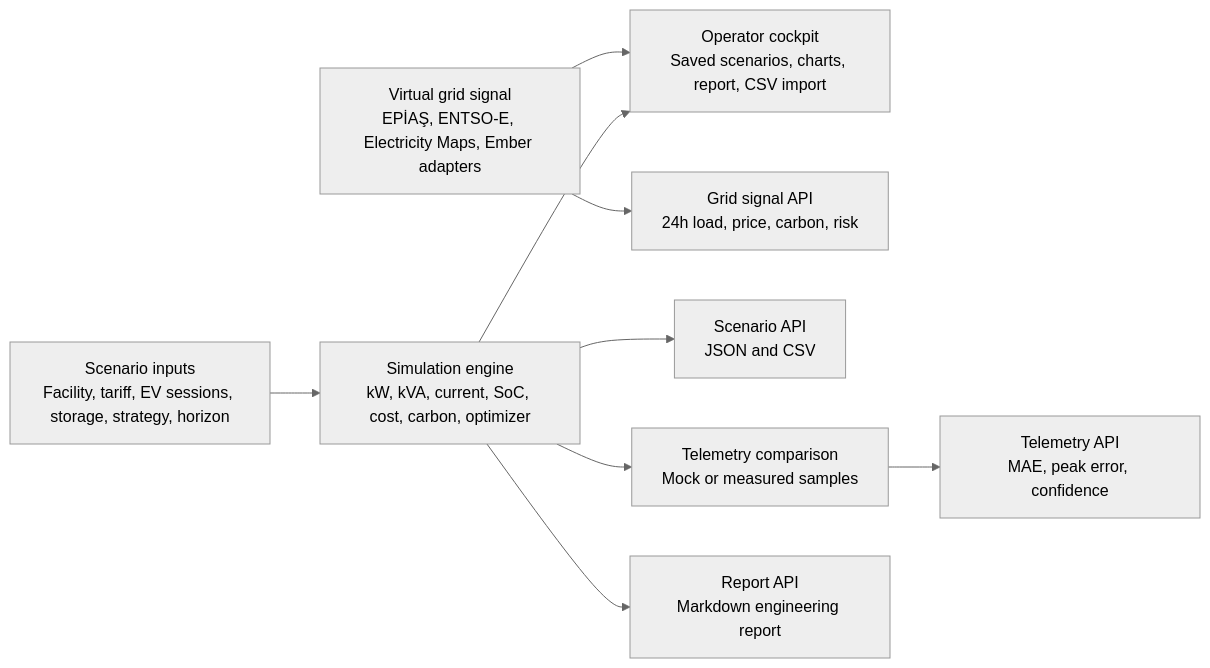
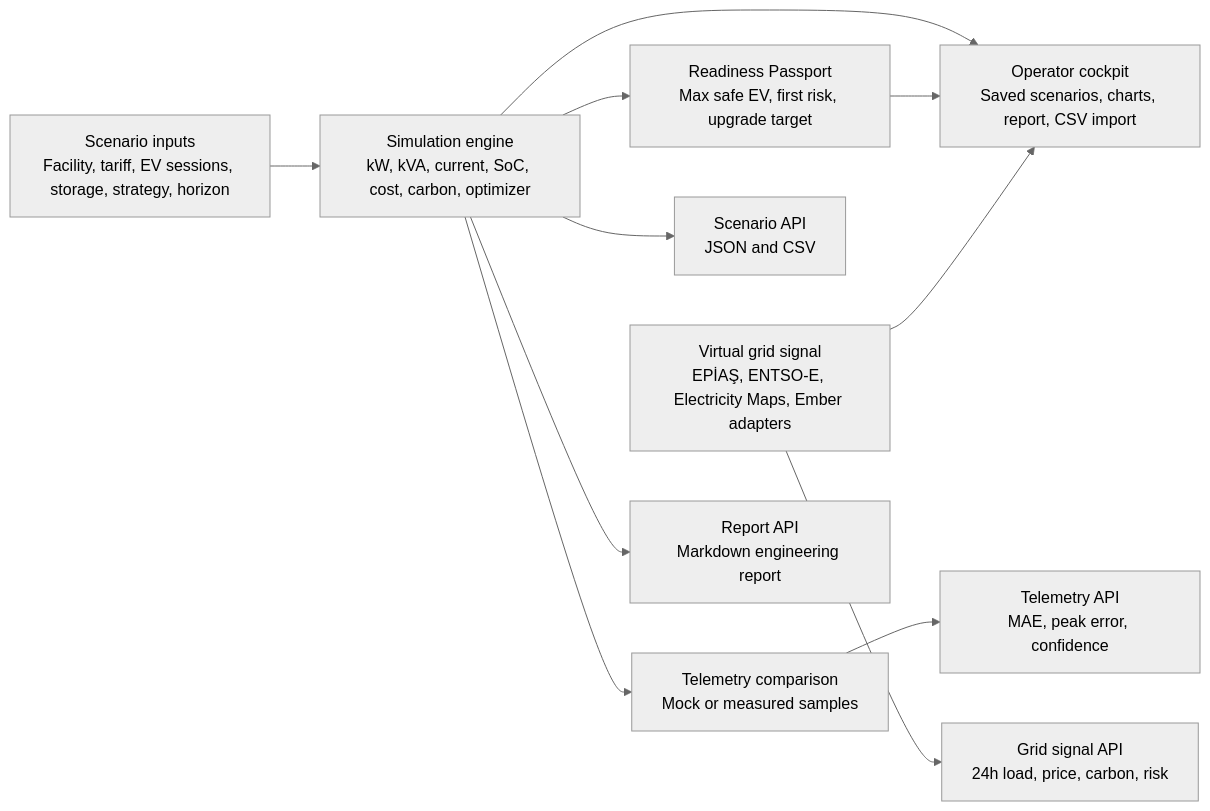
One commit to emrefbulut/VoltPilot changed the diagram in docs/VOLTPILOT_ARCHITECTURE.md. Above: the diagram before and after it, drawn with Mermaid (neutral theme). The commit also changed other lines of this file and 14 other files, not shown here.

Commit message:
Add readiness passport EV solver

````diff
--- a/docs/VOLTPILOT_ARCHITECTURE.md
+++ b/docs/VOLTPILOT_ARCHITECTURE.md
@@ -5,11 +5,13 @@
 ```mermaid
 flowchart LR
     A["Scenario inputs\nFacility, tariff, EV sessions, storage, strategy, horizon"] --> B["Simulation engine\nkW, kVA, current, SoC, cost, carbon, optimizer"]
+    B --> R["Readiness Passport\nMax safe EV, first risk, upgrade target"]
     B --> C["Operator cockpit\nSaved scenarios, charts, report, CSV import"]
+    R --> C
     G["Virtual grid signal\nEPİAŞ, ENTSO-E, Electricity Maps, Ember adapters"] --> C
     G --> D["Grid signal API\n24h load, price, carbon, risk"]
     B --> E["Scenario API\nJSON and CSV"]
     B --> F["Telemetry comparison\nMock or measured samples"]
     F --> H["Telemetry API\nMAE, peak error, confidence"]
     B --> I["Report API\nMarkdown engineering report"]
 ```
````
